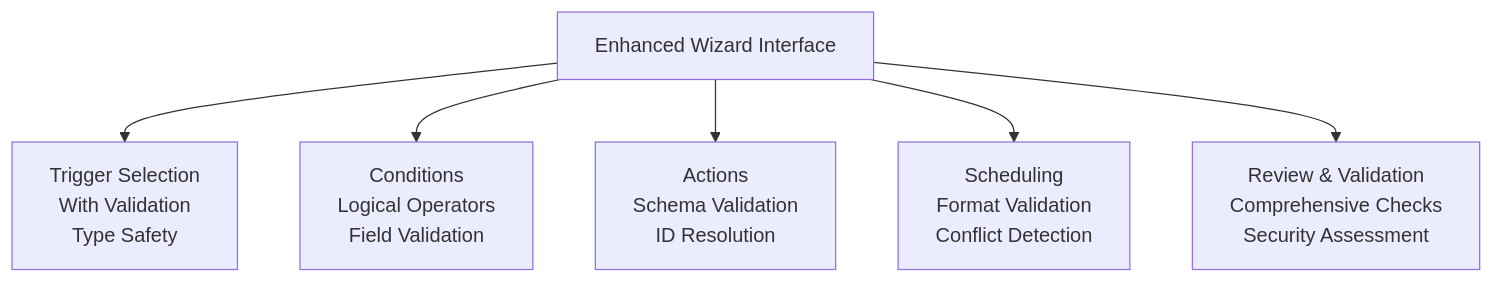
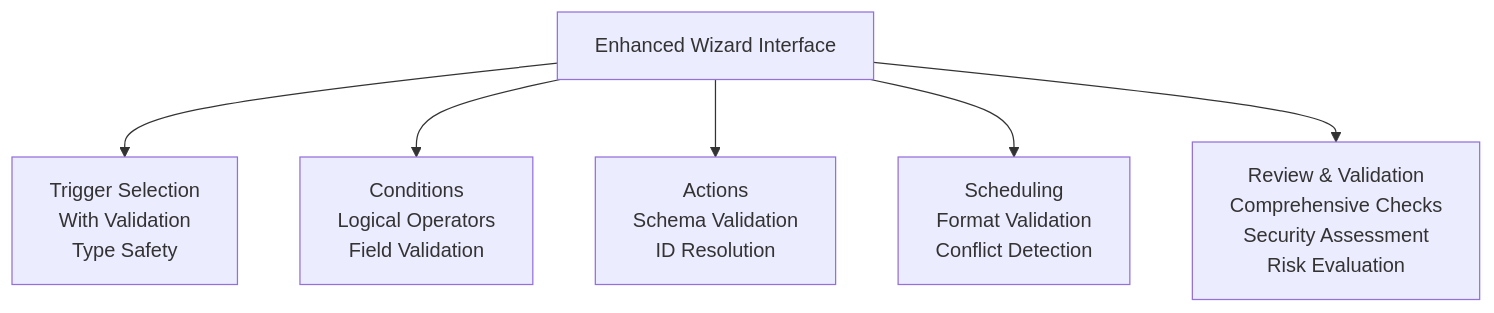
The fifth of 8 diagrams in .qoder/repowiki/en/content/Automation System/Automation System.md (gastaldellomarco/pcReady), drawn with Mermaid before and after one commit. The commit also changed other lines of this file and 12 other files, not shown here.

````diff
--- a/.qoder/repowiki/en/content/Automation System/Automation System.md
+++ b/.qoder/repowiki/en/content/Automation System/Automation System.md
@@ -417,8 +558,8 @@
 ```mermaid
 flowchart TD
 Wizard["Enhanced Wizard Interface"] --> Step1["Trigger Selection<br/>With Validation<br/>Type Safety"]
 Wizard --> Step2["Conditions<br/>Logical Operators<br/>Field Validation"]
 Wizard --> Step3["Actions<br/>Schema Validation<br/>ID Resolution"]
 Wizard --> Step4["Scheduling<br/>Format Validation<br/>Conflict Detection"]
-Wizard --> Step5["Review & Validation<br/>Comprehensive Checks<br/>Security Assessment"]
+Wizard --> Step5["Review & Validation<br/>Comprehensive Checks<br/>Security Assessment<br/>Risk Evaluation"]
 ```
````
